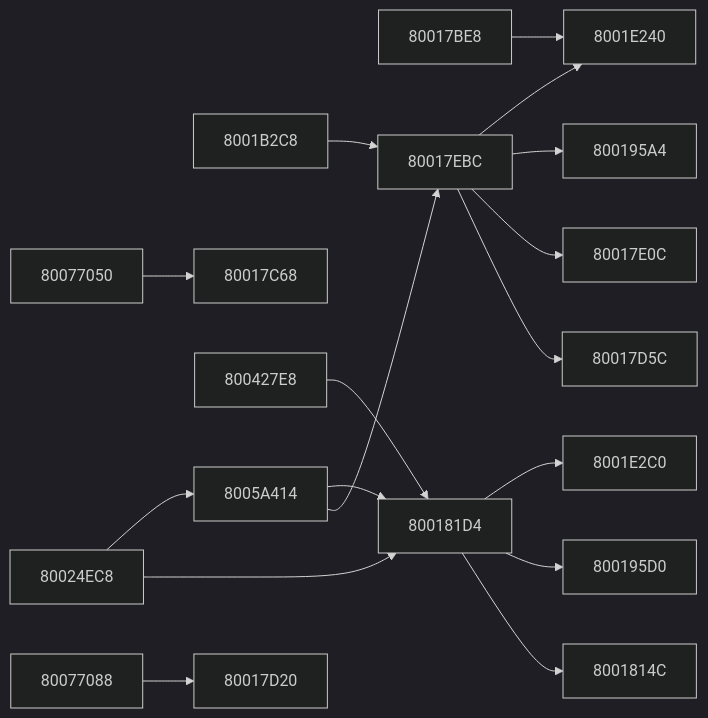
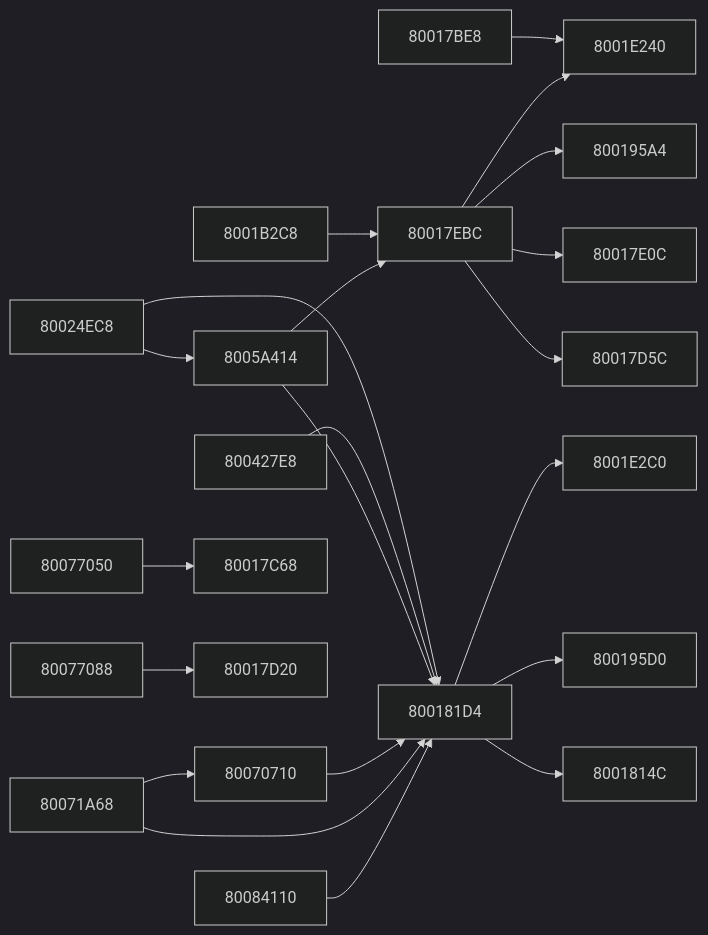
The third of 11 diagrams in docs/FUNCTION_MAP.md (kai-luni/Future-Cop-L.A.P.D-PS1), drawn with Mermaid (dark theme) before and after one commit. The commit also changed other lines of this file, not shown here.

````diff
--- a/docs/FUNCTION_MAP.md
+++ b/docs/FUNCTION_MAP.md
@@ -140,37 +159,44 @@
 ```mermaid
 graph LR
     f80017be8 --> f8001e240
     f80017ebc --> f80017d5c
     f80017ebc --> f80017e0c
     f80017ebc --> f800195a4
     f80017ebc --> f8001e240
     f800181d4 --> f8001814c
     f800181d4 --> f800195d0
     f800181d4 --> f8001e2c0
     f8001b2c8 --> f80017ebc
     f80024ec8 --> f800181d4
     f80024ec8 --> f8005a414
     f800427e8 --> f800181d4
     f8005a414 --> f80017ebc
     f8005a414 --> f800181d4
+    f80070710 --> f800181d4
+    f80071a68 --> f800181d4
+    f80071a68 --> f80070710
     f80077050 --> f80017c68
     f80077088 --> f80017d20
+    f80084110 --> f800181d4
     f80017be8["80017BE8"]
     f80017c68["80017C68"]
     f80017d20["80017D20"]
     f80017d5c["80017D5C"]
     f80017e0c["80017E0C"]
     f80017ebc["80017EBC"]
     f8001814c["8001814C"]
     f800181d4["800181D4"]
     f800195a4["800195A4"]
     f800195d0["800195D0"]
     f8001b2c8["8001B2C8"]
     f8001e240["8001E240"]
     f8001e2c0["8001E2C0"]
     f80024ec8["80024EC8"]
     f800427e8["800427E8"]
     f8005a414["8005A414"]
+    f80070710["80070710"]
+    f80071a68["80071A68"]
     f80077050["80077050"]
     f80077088["80077088"]
+    f80084110["80084110"]
 ```
````
